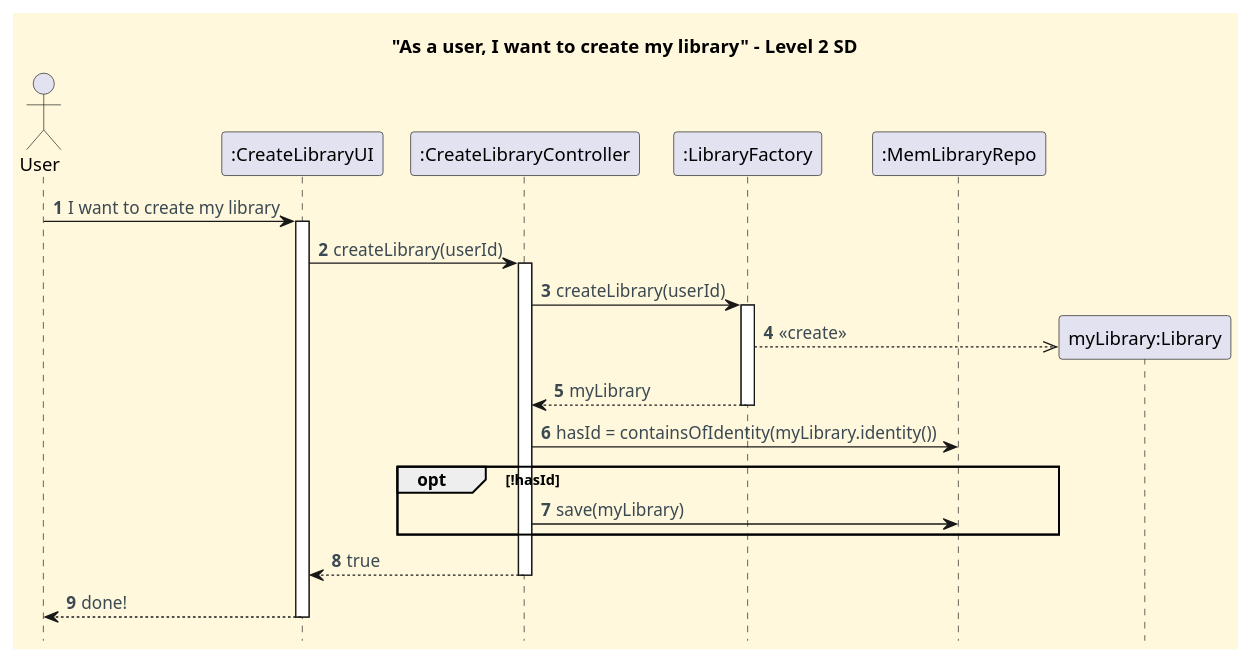
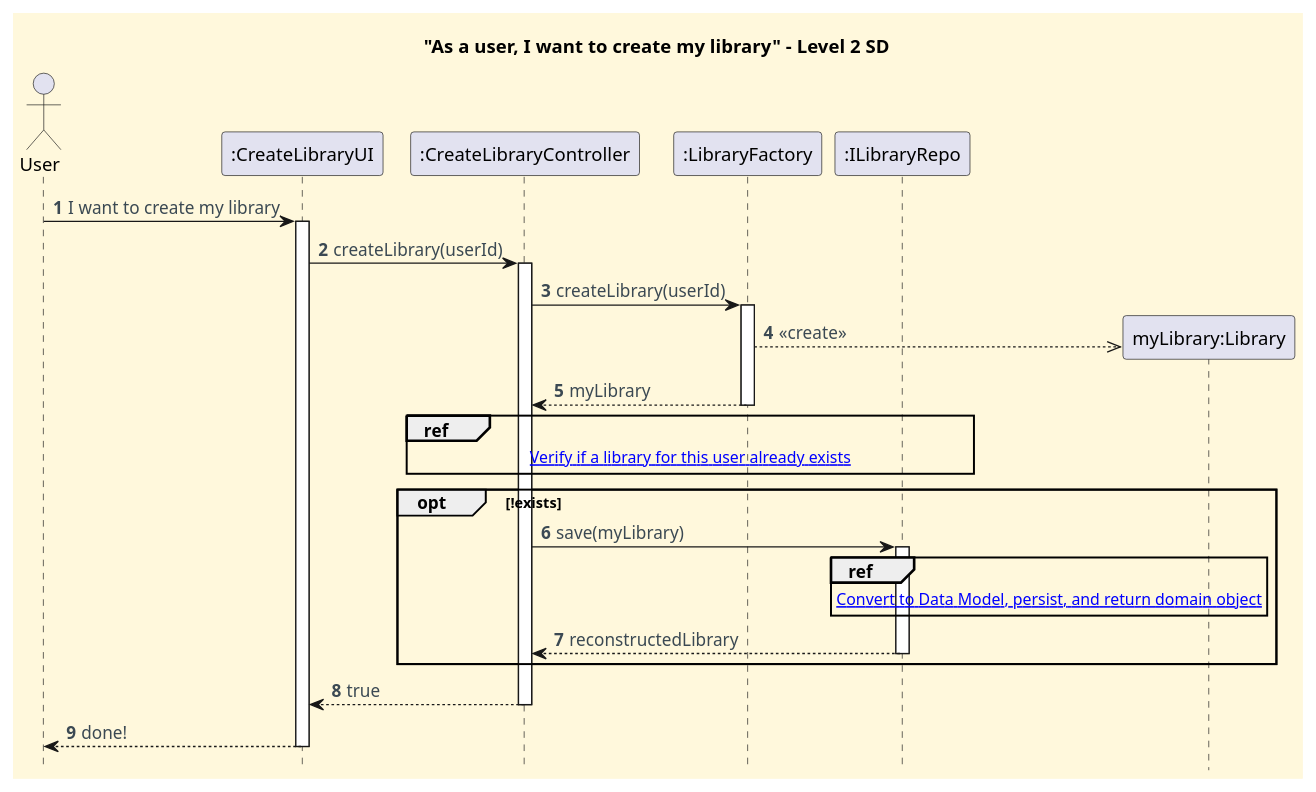
Before and after one commit to CarolinaLeite-collab/JavaMarketplacePlatform: the diagram in docs/functionalities/user/create-my-library/Create_My_Library_SD.puml, drawn with PlantUML.

Commit message:
task: Updated CreateMyLibrary SD, #639

```diff
--- a/docs/functionalities/user/create-my-library/Create_My_Library_SD.puml
+++ b/docs/functionalities/user/create-my-library/Create_My_Library_SD.puml
@@ -1,52 +1,62 @@
 @startuml
 title "As a user, I want to create my library" - Level 2 SD
 hidefootbox
 
 '==== basic style ====
 skinparam monochrome false
 skinparam shadowing false
 skinparam defaultFontName Futura
 skinparam objectFontSize 20
 skinparam backgroundColor CornSilk
 skinparam objectBackgroundColor WhiteSmoke
 skinparam noteBackgroundColor #FFFFE0
 skinparam ArrowFontColor #3B4953
 skinparam ActivationBackgroundColor black
 
 autonumber
-autoactivate off
 
 ' --- Actor and participants ---
 actor User
 participant ":CreateLibraryUI" as UI
 participant ":CreateLibraryController" as CTL
 participant ":LibraryFactory" as LF
-participant ":MemLibraryRepo" as LR
+participant ":ILibraryRepo" as IREPO
 
 User -> UI: I want to create my library
 activate UI
 
 UI -> CTL: createLibrary(userId)
 activate CTL
 
 CTL -> LF: createLibrary(userId)
 activate LF
 create "myLibrary:Library"
 LF -->> "myLibrary:Library": <<create>>
 LF --> CTL: myLibrary
 deactivate LF
 
-CTL -> LR : hasId = containsOfIdentity(myLibrary.identity())
+' Use Ref to handle existence check via JPA
+ref over CTL, IREPO
+[[Verify_Library_Existence.puml Verify if a library for this user already exists]]
+end ref
 
-    opt !hasId
-    CTL -> LR: save(myLibrary)
+opt !exists
+    CTL -> IREPO: save(myLibrary)
+    activate IREPO
 
-    end
+    ' Use Ref to handle the Assembler/JPA logic
+    ref over IREPO
+    [[Save_Library.puml Convert to Data Model, persist, and return domain object]]
+    end ref
+
+    IREPO --> CTL: reconstructedLibrary
+    deactivate IREPO
+end
 
 CTL --> UI: true
 deactivate CTL
 
 UI --> User: done!
 deactivate UI
 
 @enduml
```
